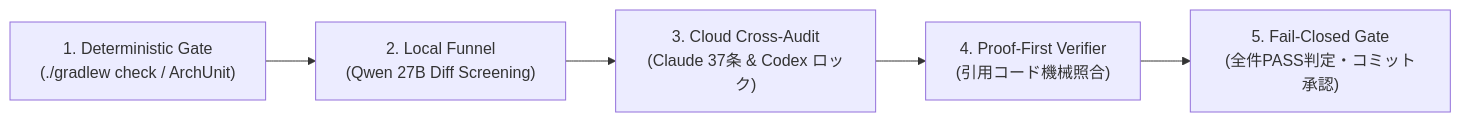
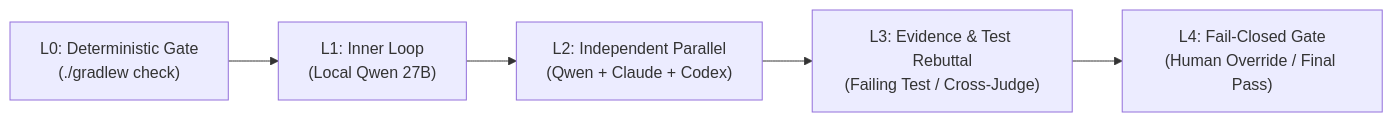
One commit to KBG183/kintai-saas-refactored changed the diagram in AGENTS.md. Above: the diagram before and after it, drawn with Mermaid. The commit also changed other lines of this file and 36 other files, not shown here.

````diff
--- a/AGENTS.md
+++ b/AGENTS.md
@@ -37,7 +37,7 @@
 ```mermaid
 flowchart LR
-    A["1. Deterministic Gate<br>(./gradlew check / ArchUnit)"] --> B["2. Local Funnel<br>(Qwen 27B Diff Screening)"]
-    B --> C["3. Cloud Cross-Audit<br>(Claude 37条 & Codex ロック)"]
-    C --> D["4. Proof-First Verifier<br>(引用コード機械照合)"]
-    D --> E["5. Fail-Closed Gate<br>(全件PASS判定・コミット承認)"]
+    A["L0: Deterministic Gate<br>(./gradlew check)"] --> B["L1: Inner Loop<br>(Local Qwen 27B)"]
+    B --> C["L2: Independent Parallel<br>(Qwen + Claude + Codex)"]
+    C --> D["L3: Evidence & Test Rebuttal<br>(Failing Test / Cross-Judge)"]
+    D --> E["L4: Fail-Closed Gate<br>(Human Override / Final Pass)"]
 ```
````
